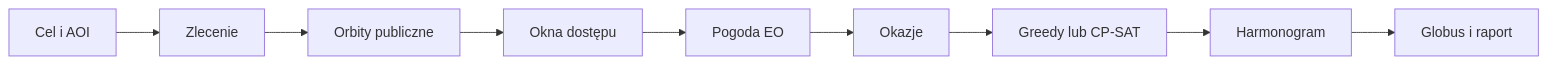
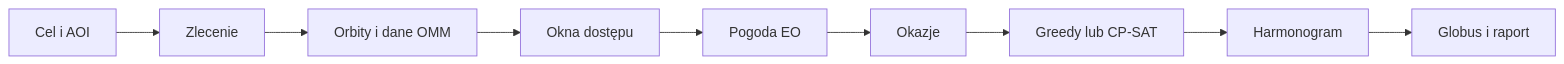
The diagram in docs/user_guide.md (matigeoman/satellite-acquisition-planner), drawn with Mermaid before and after one commit. The commit also changed other lines of this file and 84 other files, not shown here.

````diff
--- a/docs/user_guide.md
+++ b/docs/user_guide.md
@@ -5,11 +5,11 @@
 ```mermaid
 flowchart LR
     A[Cel i AOI] --> B[Zlecenie]
-    B --> C[Orbity publiczne]
+    B --> C[Orbity i dane OMM]
     C --> D[Okna dostępu]
     D --> E[Pogoda EO]
     E --> F[Okazje]
     F --> G[Greedy lub CP-SAT]
     G --> H[Harmonogram]
     H --> I[Globus i raport]
 ```
````
